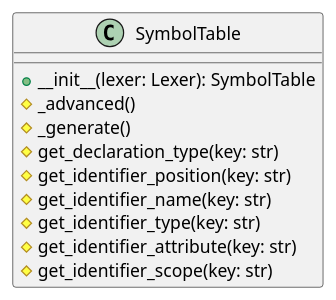
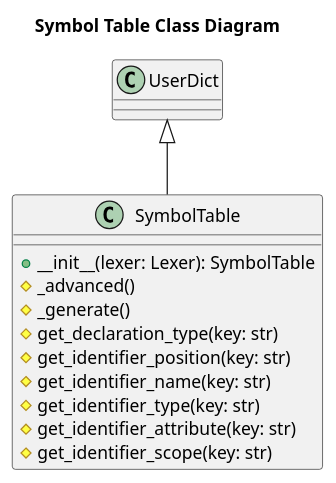
The diagram in docs/symtable/symtable.puml (Doki064/PPL-2021), drawn with PlantUML before and after one commit. The commit also changed 8 other files, not shown here.

```diff
--- a/docs/symtable/symtable.puml
+++ b/docs/symtable/symtable.puml
@@ -1,13 +1,15 @@
 @startuml
+title Symbol Table Class Diagram
 class SymbolTable {
     + __init__(lexer: Lexer): SymbolTable
     # _advanced()
     # _generate()
     # get_declaration_type(key: str)
     # get_identifier_position(key: str)
     # get_identifier_name(key: str)
     # get_identifier_type(key: str)
     # get_identifier_attribute(key: str)
     # get_identifier_scope(key: str)
 }
+UserDict <|-- SymbolTable
 @enduml
```
